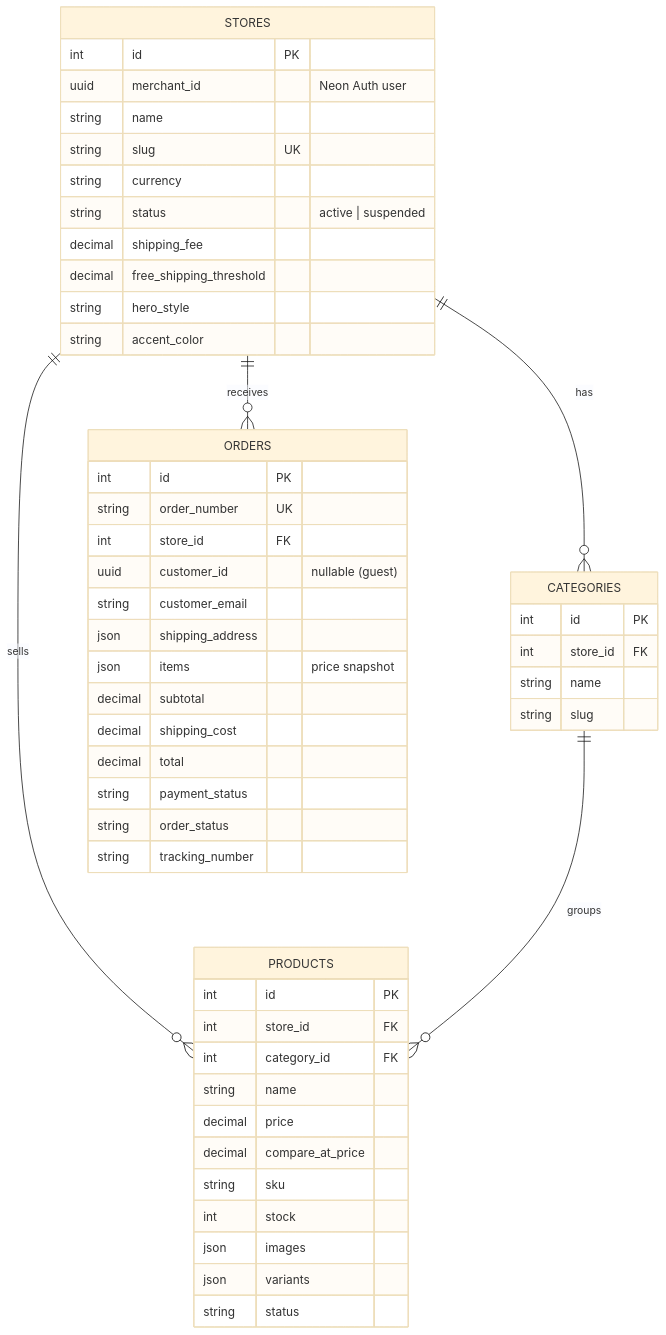
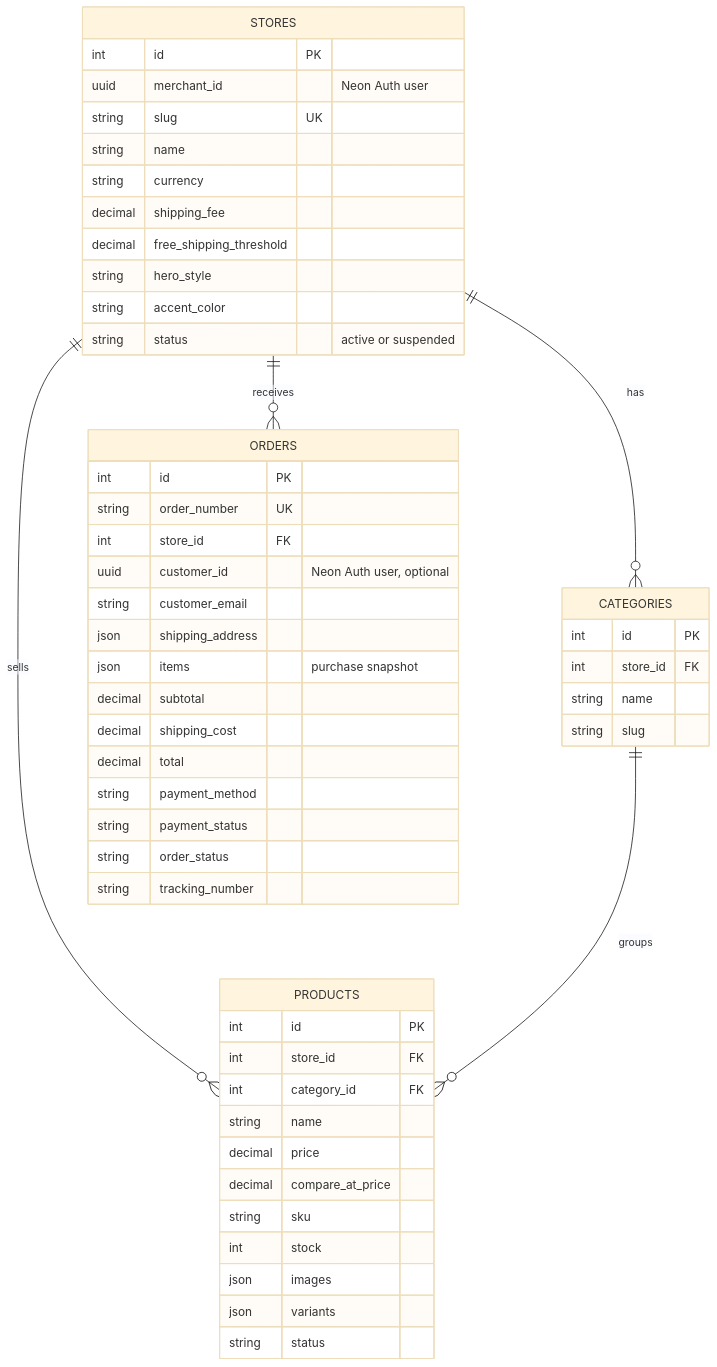
One commit to Ayush-verma25/Orbivo-E-Commerce-Platform-App changed the second of 2 diagrams in README.md. Above: the diagram before and after it, drawn with Mermaid (base theme). The commit also changed other lines of this file, not shown here.

````diff
--- a/README.md
+++ b/README.md
@@ -162,54 +219,58 @@
 ```mermaid
 erDiagram
     STORES ||--o{ CATEGORIES : has
     STORES ||--o{ PRODUCTS : sells
     STORES ||--o{ ORDERS : receives
     CATEGORIES ||--o{ PRODUCTS : groups
 
     STORES {
         int id PK
         uuid merchant_id "Neon Auth user"
+        string slug UK
         string name
-        string slug UK
         string currency
-        string status "active | suspended"
         decimal shipping_fee
         decimal free_shipping_threshold
         string hero_style
         string accent_color
+        string status "active or suspended"
     }
+
     CATEGORIES {
         int id PK
         int store_id FK
         string name
         string slug
     }
+
     PRODUCTS {
         int id PK
         int store_id FK
         int category_id FK
         string name
         decimal price
         decimal compare_at_price
         string sku
         int stock
         json images
         json variants
         string status
     }
+
     ORDERS {
         int id PK
         string order_number UK
         int store_id FK
-        uuid customer_id "nullable (guest)"
+        uuid customer_id "Neon Auth user, optional"
         string customer_email
         json shipping_address
-        json items "price snapshot"
+        json items "purchase snapshot"
         decimal subtotal
         decimal shipping_cost
         decimal total
+        string payment_method
         string payment_status
         string order_status
         string tracking_number
     }
 ```
````
